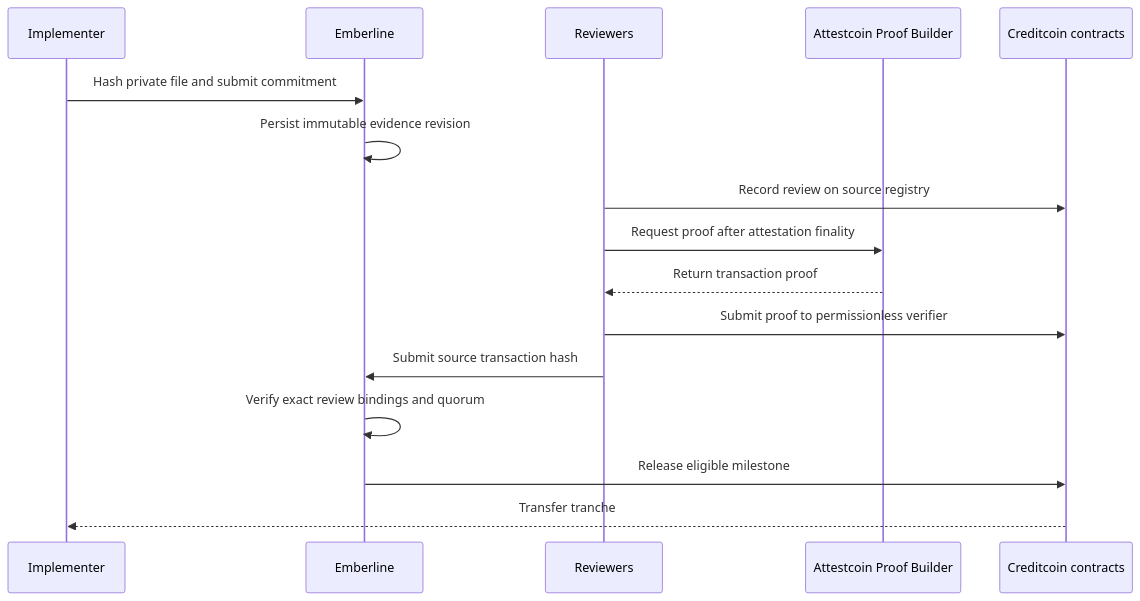
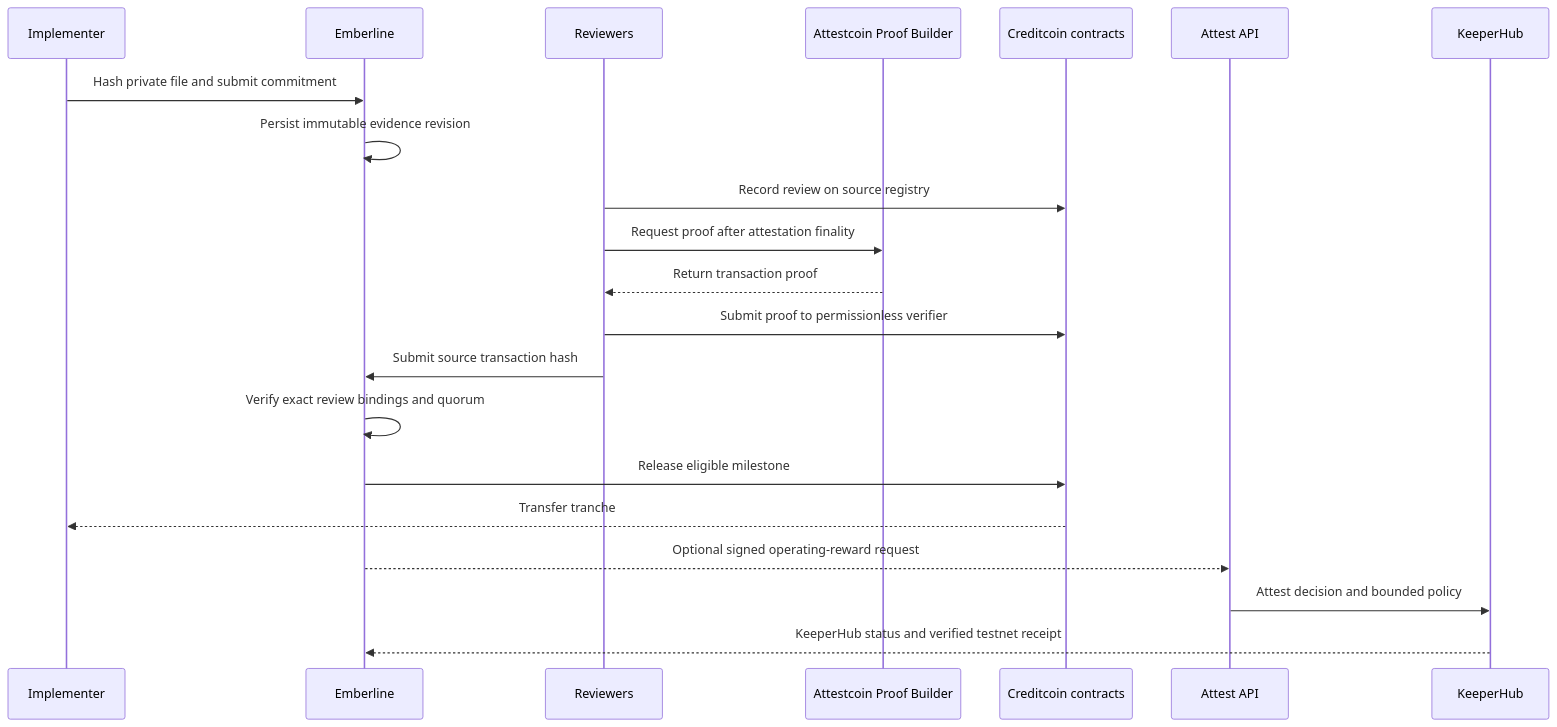
The second of 2 diagrams in ARCHITECTURE.md (Nifemi0/Emberline), drawn with Mermaid before and after one commit. The commit also changed other lines of this file and 11 other files, not shown here.

Commit message:
Add signed Attest integration gateway

````diff
--- a/ARCHITECTURE.md
+++ b/ARCHITECTURE.md
@@ -34,19 +40,24 @@
 ```mermaid
 sequenceDiagram
     participant I as Implementer
     participant A as Emberline
     participant R as Reviewers
     participant P as Attestcoin Proof Builder
     participant C as Creditcoin contracts
+    participant X as Attest API
+    participant K as KeeperHub
 
     I->>A: Hash private file and submit commitment
     A->>A: Persist immutable evidence revision
     R->>C: Record review on source registry
     R->>P: Request proof after attestation finality
     P-->>R: Return transaction proof
     R->>C: Submit proof to permissionless verifier
     R->>A: Submit source transaction hash
     A->>A: Verify exact review bindings and quorum
     A->>C: Release eligible milestone
     C-->>I: Transfer tranche
+    A-->>X: Optional signed operating-reward request
+    X->>K: Attest decision and bounded policy
+    K-->>A: KeeperHub status and verified testnet receipt
 ```
````
